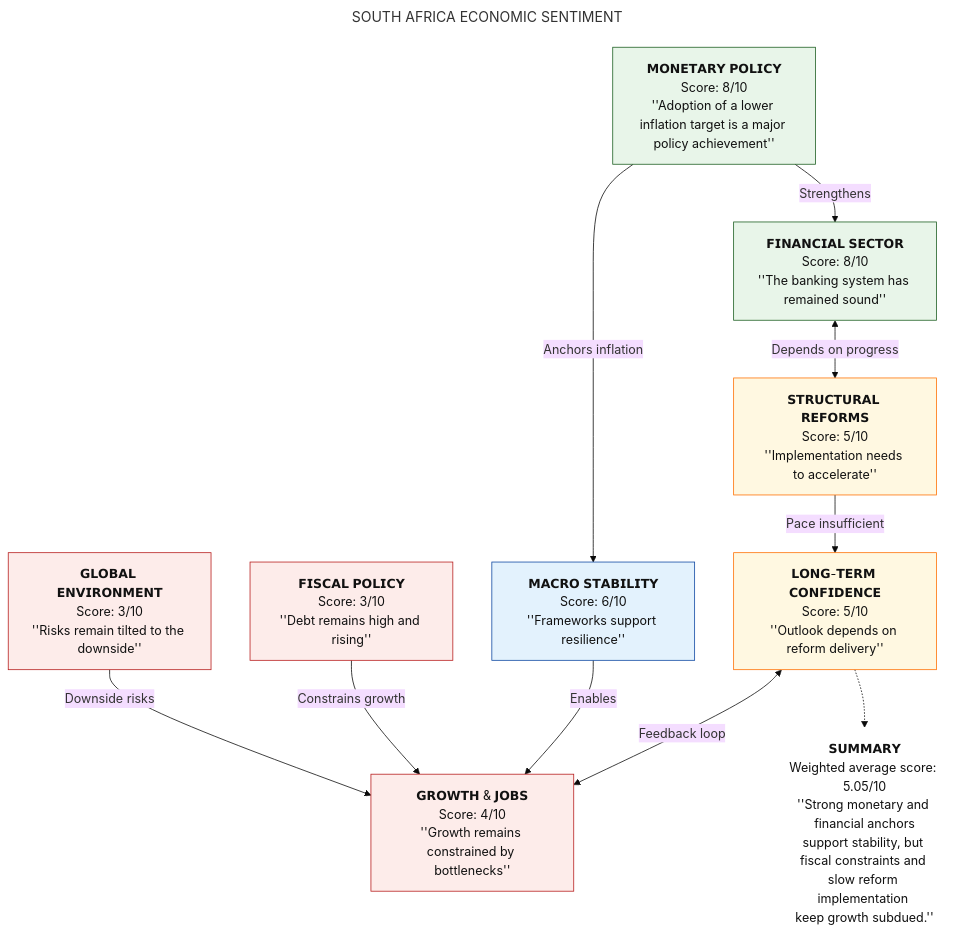
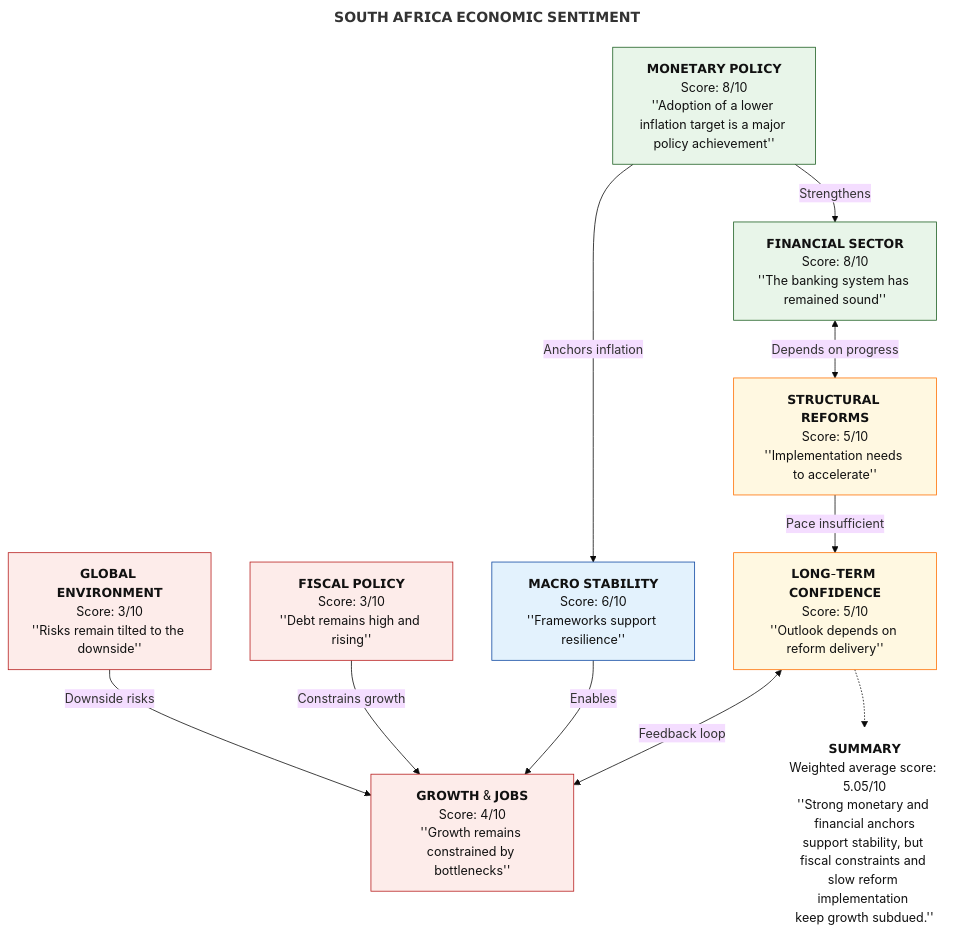
The first of 2 diagrams in articles-posts/economic-sentiment-zaf.md (Tellusant/docs), drawn with Mermaid (base theme) before and after one commit.

```diff
--- a/articles-posts/economic-sentiment-zaf.md
+++ b/articles-posts/economic-sentiment-zaf.md
@@ -12,42 +12,42 @@
 <div class="mermaid">
 ---
-title: SOUTH AFRICA ECONOMIC SENTIMENT
+title: 𝗦𝗢𝗨𝗧𝗛 𝗔𝗙𝗥𝗜𝗖𝗔 𝗘𝗖𝗢𝗡𝗢𝗠𝗜𝗖 𝗦𝗘𝗡𝗧𝗜𝗠𝗘𝗡𝗧
 ---
 flowchart TD
 
 %% ========= NODES =========
 GE["𝗚𝗟𝗢𝗕𝗔𝗟 𝗘𝗡𝗩𝗜𝗥𝗢𝗡𝗠𝗘𝗡𝗧\nScore: 3/10\n''Risks remain tilted to the downside''"]:::risk
 FP["𝗙𝗜𝗦𝗖𝗔𝗟 𝗣𝗢𝗟𝗜𝗖𝗬\nScore: 3/10\n''Debt remains high and rising''"]:::risk
 GJ["𝗚𝗥𝗢𝗪𝗧𝗛 & 𝗝𝗢𝗕𝗦\nScore: 4/10\n''Growth remains constrained by bottlenecks''"]:::risk
 MP["𝗠𝗢𝗡𝗘𝗧𝗔𝗥𝗬 𝗣𝗢𝗟𝗜𝗖𝗬\nScore: 8/10\n''Adoption of a lower inflation target is a major policy achievement''"]:::strong
 MS["𝗠𝗔𝗖𝗥𝗢 𝗦𝗧𝗔𝗕𝗜𝗟𝗜𝗧𝗬\nScore: 6/10\n''Frameworks support resilience''"]:::neutral
 FS["𝗙𝗜𝗡𝗔𝗡𝗖𝗜𝗔𝗟 𝗦𝗘𝗖𝗧𝗢𝗥\nScore: 8/10\n''The banking system has remained sound''"]:::strong
 SR["𝗦𝗧𝗥𝗨𝗖𝗧𝗨𝗥𝗔𝗟 𝗥𝗘𝗙𝗢𝗥𝗠𝗦\nScore: 5/10\n''Implementation needs to accelerate''"]:::mixed
 LC["𝗟𝗢𝗡𝗚-𝗧𝗘𝗥𝗠 𝗖𝗢𝗡𝗙𝗜𝗗𝗘𝗡𝗖𝗘\nScore: 5/10\n''Outlook depends on reform delivery''"]:::mixed
 
 %% ========= RELATIONSHIPS =========
 GE -->|Downside risks| GJ
 FP -->|Constrains growth| GJ
 MP -->|Anchors inflation| MS
 MS -->|Enables| GJ
 MP -->|Strengthens| FS
 FS <-->|Depends on progress| SR
 SR -->|Pace insufficient| LC
 LC <-->|Feedback loop| GJ
 
 %% ========= INVISIBLE LAYOUT CONTROL =========
 ANCHOR[" "]:::anchor
 
 %% ========= SUMMARY (FORCED BELOW, NO VISIBLE ARROWS) =========
 SUM["𝗦𝗨𝗠𝗠𝗔𝗥𝗬\nWeighted average score: 5.05/10\n''Strong monetary and financial anchors\nsupport stability, but fiscal constraints and \nslow reform implementation \nkeep growth subdued.''"]:::summary
 LC -.-> SUM:::anchor
 
 %% ========= STYLES =========
 classDef strong  fill:#E8F5E9,stroke:#1B5E20,stroke-width:1px,color:#111;
 classDef neutral fill:#E3F2FD,stroke:#0D47A1,stroke-width:1px,color:#111;
 classDef mixed   fill:#FFF8E1,stroke:#FF6F00,stroke-width:1px,color:#111;
 classDef risk    fill:#FDECEA,stroke:#B71C1C,stroke-width:1px,color:#111;
 classDef summary fill:#F5F5F5,stroke:#424242,stroke-width:1px,color:#111;
 classDef anchor fill:transparent,stroke:transparent;
 
 </div>
```
